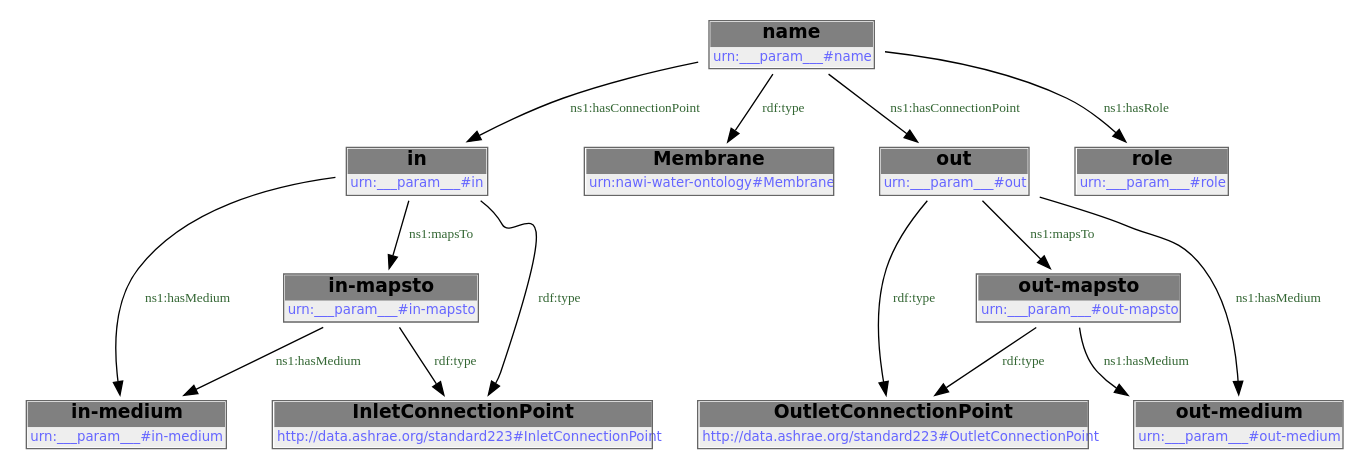
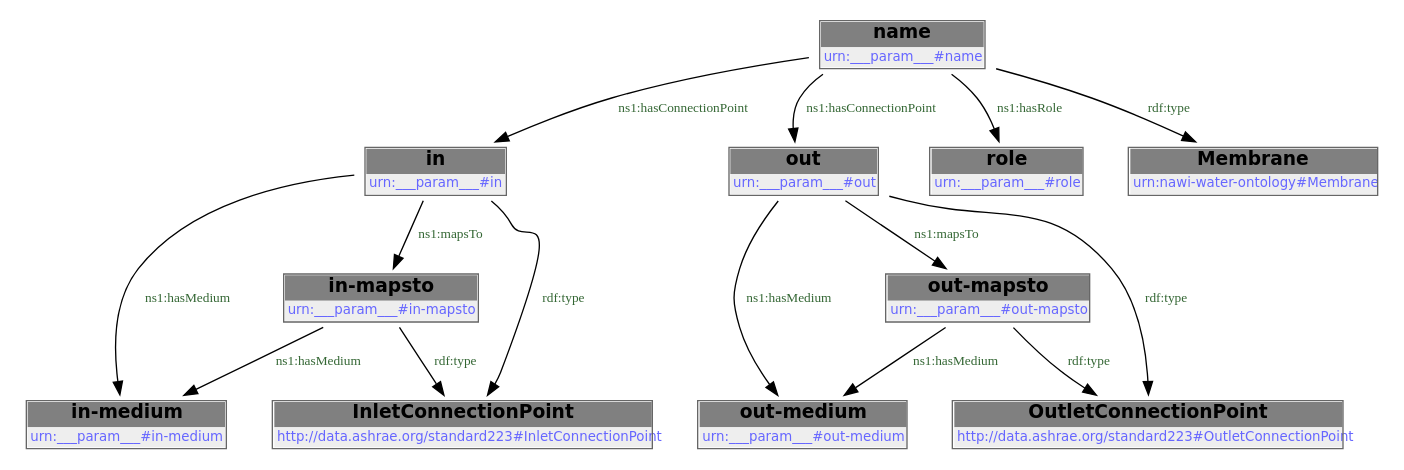
Before and after one commit to DataDrivenCPS/water-ontology: the second of 2 diagrams in docs/libraries/templates/membrane.rst, drawn with Graphviz. The commit also changed other lines of this file and 33 other files, not shown here.

```diff
--- a/docs/libraries/templates/membrane.rst
+++ b/docs/libraries/templates/membrane.rst
@@ -96,30 +96,30 @@
         .. graphviz::
 
                 digraph G {
             node [fontname="DejaVu Sans"];
             node0 -> node1 [color=BLACK, label=< <font point-size='10' color='#336633'>ns1:hasMedium</font> >];
-            node2 -> node3 [color=BLACK, label=< <font point-size='10' color='#336633'>rdf:type</font> >];
-            node0 -> node4 [color=BLACK, label=< <font point-size='10' color='#336633'>ns1:mapsTo</font> >];
-            node5 -> node6 [color=BLACK, label=< <font point-size='10' color='#336633'>rdf:type</font> >];
-            node2 -> node0 [color=BLACK, label=< <font point-size='10' color='#336633'>ns1:hasConnectionPoint</font> >];
-            node7 -> node8 [color=BLACK, label=< <font point-size='10' color='#336633'>ns1:hasMedium</font> >];
-            node7 -> node5 [color=BLACK, label=< <font point-size='10' color='#336633'>ns1:mapsTo</font> >];
-            node4 -> node1 [color=BLACK, label=< <font point-size='10' color='#336633'>ns1:hasMedium</font> >];
-            node5 -> node8 [color=BLACK, label=< <font point-size='10' color='#336633'>ns1:hasMedium</font> >];
+            node2 -> node3 [color=BLACK, label=< <font point-size='10' color='#336633'>ns1:hasConnectionPoint</font> >];
+            node3 -> node4 [color=BLACK, label=< <font point-size='10' color='#336633'>ns1:hasMedium</font> >];
+            node2 -> node5 [color=BLACK, label=< <font point-size='10' color='#336633'>ns1:hasConnectionPoint</font> >];
+            node6 -> node4 [color=BLACK, label=< <font point-size='10' color='#336633'>ns1:hasMedium</font> >];
+            node2 -> node7 [color=BLACK, label=< <font point-size='10' color='#336633'>ns1:hasRole</font> >];
+            node5 -> node1 [color=BLACK, label=< <font point-size='10' color='#336633'>ns1:hasMedium</font> >];
+            node5 -> node0 [color=BLACK, label=< <font point-size='10' color='#336633'>ns1:mapsTo</font> >];
+            node3 -> node8 [color=BLACK, label=< <font point-size='10' color='#336633'>rdf:type</font> >];
             node0 -> node9 [color=BLACK, label=< <font point-size='10' color='#336633'>rdf:type</font> >];
-            node2 -> node7 [color=BLACK, label=< <font point-size='10' color='#336633'>ns1:hasConnectionPoint</font> >];
-            node7 -> node6 [color=BLACK, label=< <font point-size='10' color='#336633'>rdf:type</font> >];
-            node4 -> node9 [color=BLACK, label=< <font point-size='10' color='#336633'>rdf:type</font> >];
-            node2 -> node10 [color=BLACK, label=< <font point-size='10' color='#336633'>ns1:hasRole</font> >];
-            node0 [shape=none, color=black, label=< <table color='#666666' cellborder='0' cellspacing='0' border='1'><tr><td colspan='2' bgcolor='grey'><B>in</B></td></tr><tr><td href='urn:___param___#in' bgcolor='#eeeeee' colspan='2'><font point-size='10' color='#6666ff'>urn:___param___#in</font></td></tr></table> >];
-            node1 [shape=none, color=black, label=< <table color='#666666' cellborder='0' cellspacing='0' border='1'><tr><td colspan='2' bgcolor='grey'><B>in-medium</B></td></tr><tr><td href='urn:___param___#in-medium' bgcolor='#eeeeee' colspan='2'><font point-size='10' color='#6666ff'>urn:___param___#in-medium</font></td></tr></table> >];
+            node3 -> node6 [color=BLACK, label=< <font point-size='10' color='#336633'>ns1:mapsTo</font> >];
+            node6 -> node8 [color=BLACK, label=< <font point-size='10' color='#336633'>rdf:type</font> >];
+            node2 -> node10 [color=BLACK, label=< <font point-size='10' color='#336633'>rdf:type</font> >];
+            node5 -> node9 [color=BLACK, label=< <font point-size='10' color='#336633'>rdf:type</font> >];
+            node0 [shape=none, color=black, label=< <table color='#666666' cellborder='0' cellspacing='0' border='1'><tr><td colspan='2' bgcolor='grey'><B>out-mapsto</B></td></tr><tr><td href='urn:___param___#out-mapsto' bgcolor='#eeeeee' colspan='2'><font point-size='10' color='#6666ff'>urn:___param___#out-mapsto</font></td></tr></table> >];
+            node1 [shape=none, color=black, label=< <table color='#666666' cellborder='0' cellspacing='0' border='1'><tr><td colspan='2' bgcolor='grey'><B>out-medium</B></td></tr><tr><td href='urn:___param___#out-medium' bgcolor='#eeeeee' colspan='2'><font point-size='10' color='#6666ff'>urn:___param___#out-medium</font></td></tr></table> >];
             node2 [shape=none, color=black, label=< <table color='#666666' cellborder='0' cellspacing='0' border='1'><tr><td colspan='2' bgcolor='grey'><B>name</B></td></tr><tr><td href='urn:___param___#name' bgcolor='#eeeeee' colspan='2'><font point-size='10' color='#6666ff'>urn:___param___#name</font></td></tr></table> >];
-            node3 [shape=none, color=black, label=< <table color='#666666' cellborder='0' cellspacing='0' border='1'><tr><td colspan='2' bgcolor='grey'><B>Membrane</B></td></tr><tr><td href='urn:nawi-water-ontology#Membrane' bgcolor='#eeeeee' colspan='2'><font point-size='10' color='#6666ff'>urn:nawi-water-ontology#Membrane</font></td></tr></table> >];
-            node4 [shape=none, color=black, label=< <table color='#666666' cellborder='0' cellspacing='0' border='1'><tr><td colspan='2' bgcolor='grey'><B>in-mapsto</B></td></tr><tr><td href='urn:___param___#in-mapsto' bgcolor='#eeeeee' colspan='2'><font point-size='10' color='#6666ff'>urn:___param___#in-mapsto</font></td></tr></table> >];
-            node5 [shape=none, color=black, label=< <table color='#666666' cellborder='0' cellspacing='0' border='1'><tr><td colspan='2' bgcolor='grey'><B>out-mapsto</B></td></tr><tr><td href='urn:___param___#out-mapsto' bgcolor='#eeeeee' colspan='2'><font point-size='10' color='#6666ff'>urn:___param___#out-mapsto</font></td></tr></table> >];
-            node6 [shape=none, color=black, label=< <table color='#666666' cellborder='0' cellspacing='0' border='1'><tr><td colspan='2' bgcolor='grey'><B>OutletConnectionPoint</B></td></tr><tr><td href='http://data.ashrae.org/standard223#OutletConnectionPoint' bgcolor='#eeeeee' colspan='2'><font point-size='10' color='#6666ff'>http://data.ashrae.org/standard223#OutletConnectionPoint</font></td></tr></table> >];
-            node7 [shape=none, color=black, label=< <table color='#666666' cellborder='0' cellspacing='0' border='1'><tr><td colspan='2' bgcolor='grey'><B>out</B></td></tr><tr><td href='urn:___param___#out' bgcolor='#eeeeee' colspan='2'><font point-size='10' color='#6666ff'>urn:___param___#out</font></td></tr></table> >];
-            node8 [shape=none, color=black, label=< <table color='#666666' cellborder='0' cellspacing='0' border='1'><tr><td colspan='2' bgcolor='grey'><B>out-medium</B></td></tr><tr><td href='urn:___param___#out-medium' bgcolor='#eeeeee' colspan='2'><font point-size='10' color='#6666ff'>urn:___param___#out-medium</font></td></tr></table> >];
-            node9 [shape=none, color=black, label=< <table color='#666666' cellborder='0' cellspacing='0' border='1'><tr><td colspan='2' bgcolor='grey'><B>InletConnectionPoint</B></td></tr><tr><td href='http://data.ashrae.org/standard223#InletConnectionPoint' bgcolor='#eeeeee' colspan='2'><font point-size='10' color='#6666ff'>http://data.ashrae.org/standard223#InletConnectionPoint</font></td></tr></table> >];
-            node10 [shape=none, color=black, label=< <table color='#666666' cellborder='0' cellspacing='0' border='1'><tr><td colspan='2' bgcolor='grey'><B>role</B></td></tr><tr><td href='urn:___param___#role' bgcolor='#eeeeee' colspan='2'><font point-size='10' color='#6666ff'>urn:___param___#role</font></td></tr></table> >];
+            node3 [shape=none, color=black, label=< <table color='#666666' cellborder='0' cellspacing='0' border='1'><tr><td colspan='2' bgcolor='grey'><B>in</B></td></tr><tr><td href='urn:___param___#in' bgcolor='#eeeeee' colspan='2'><font point-size='10' color='#6666ff'>urn:___param___#in</font></td></tr></table> >];
+            node4 [shape=none, color=black, label=< <table color='#666666' cellborder='0' cellspacing='0' border='1'><tr><td colspan='2' bgcolor='grey'><B>in-medium</B></td></tr><tr><td href='urn:___param___#in-medium' bgcolor='#eeeeee' colspan='2'><font point-size='10' color='#6666ff'>urn:___param___#in-medium</font></td></tr></table> >];
+            node5 [shape=none, color=black, label=< <table color='#666666' cellborder='0' cellspacing='0' border='1'><tr><td colspan='2' bgcolor='grey'><B>out</B></td></tr><tr><td href='urn:___param___#out' bgcolor='#eeeeee' colspan='2'><font point-size='10' color='#6666ff'>urn:___param___#out</font></td></tr></table> >];
+            node6 [shape=none, color=black, label=< <table color='#666666' cellborder='0' cellspacing='0' border='1'><tr><td colspan='2' bgcolor='grey'><B>in-mapsto</B></td></tr><tr><td href='urn:___param___#in-mapsto' bgcolor='#eeeeee' colspan='2'><font point-size='10' color='#6666ff'>urn:___param___#in-mapsto</font></td></tr></table> >];
+            node7 [shape=none, color=black, label=< <table color='#666666' cellborder='0' cellspacing='0' border='1'><tr><td colspan='2' bgcolor='grey'><B>role</B></td></tr><tr><td href='urn:___param___#role' bgcolor='#eeeeee' colspan='2'><font point-size='10' color='#6666ff'>urn:___param___#role</font></td></tr></table> >];
+            node8 [shape=none, color=black, label=< <table color='#666666' cellborder='0' cellspacing='0' border='1'><tr><td colspan='2' bgcolor='grey'><B>InletConnectionPoint</B></td></tr><tr><td href='http://data.ashrae.org/standard223#InletConnectionPoint' bgcolor='#eeeeee' colspan='2'><font point-size='10' color='#6666ff'>http://data.ashrae.org/standard223#InletConnectionPoint</font></td></tr></table> >];
+            node9 [shape=none, color=black, label=< <table color='#666666' cellborder='0' cellspacing='0' border='1'><tr><td colspan='2' bgcolor='grey'><B>OutletConnectionPoint</B></td></tr><tr><td href='http://data.ashrae.org/standard223#OutletConnectionPoint' bgcolor='#eeeeee' colspan='2'><font point-size='10' color='#6666ff'>http://data.ashrae.org/standard223#OutletConnectionPoint</font></td></tr></table> >];
+            node10 [shape=none, color=black, label=< <table color='#666666' cellborder='0' cellspacing='0' border='1'><tr><td colspan='2' bgcolor='grey'><B>Membrane</B></td></tr><tr><td href='urn:nawi-water-ontology#Membrane' bgcolor='#eeeeee' colspan='2'><font point-size='10' color='#6666ff'>urn:nawi-water-ontology#Membrane</font></td></tr></table> >];
             }
```
